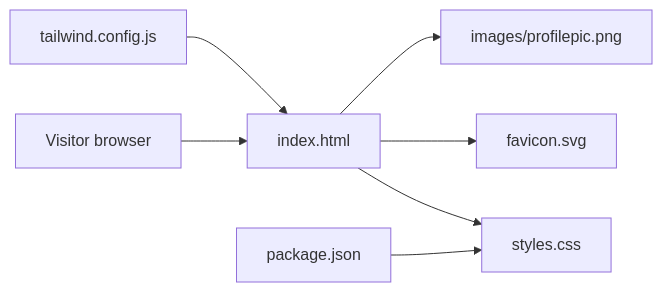
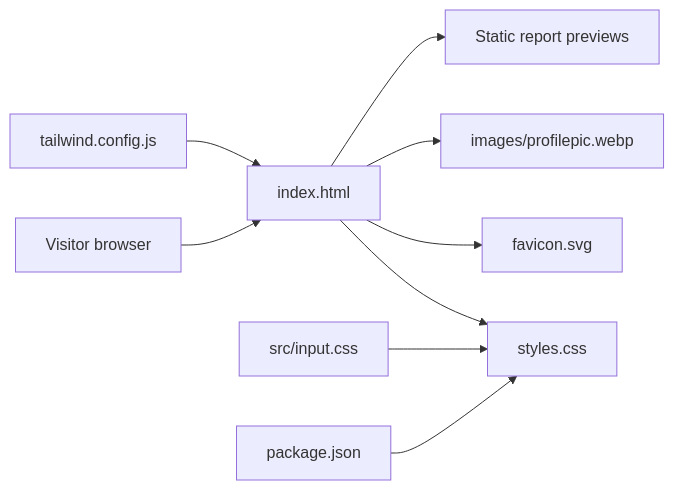
Before and after one commit to rishabhjain9196/rishabhjain9196.github.io: the diagram in README.md, drawn with Mermaid. The commit also changed other lines of this file and 29 other files, not shown here.

````diff
--- a/README.md
+++ b/README.md
@@ -19,9 +21,11 @@
 ```mermaid
 flowchart LR
     Browser["Visitor browser"] --> Page["index.html"]
     Page --> Styles["styles.css"]
     Page --> Icon["favicon.svg"]
-    Page --> Image["images/profilepic.png"]
+    Page --> Image["images/profilepic.webp"]
+    Page --> Previews["Static report previews"]
+    Input["src/input.css"] --> Styles
     Config["tailwind.config.js"] --> Page
     Package["package.json"] --> Styles
 ```
````
